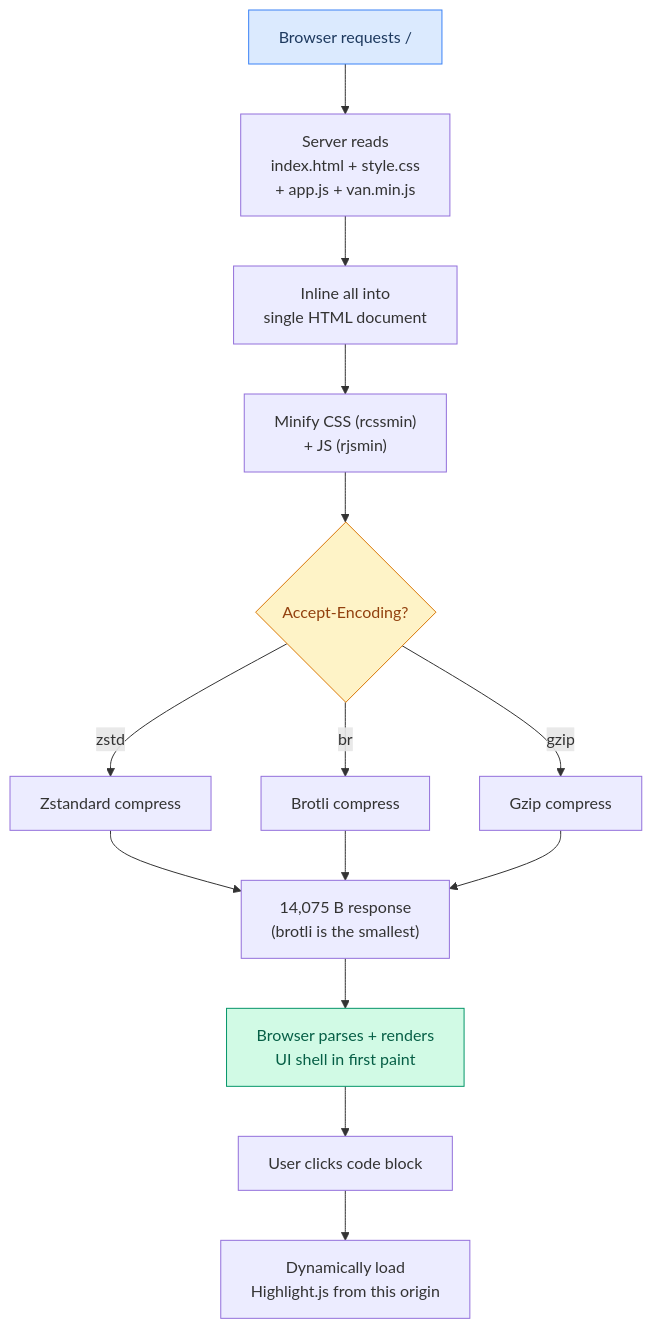
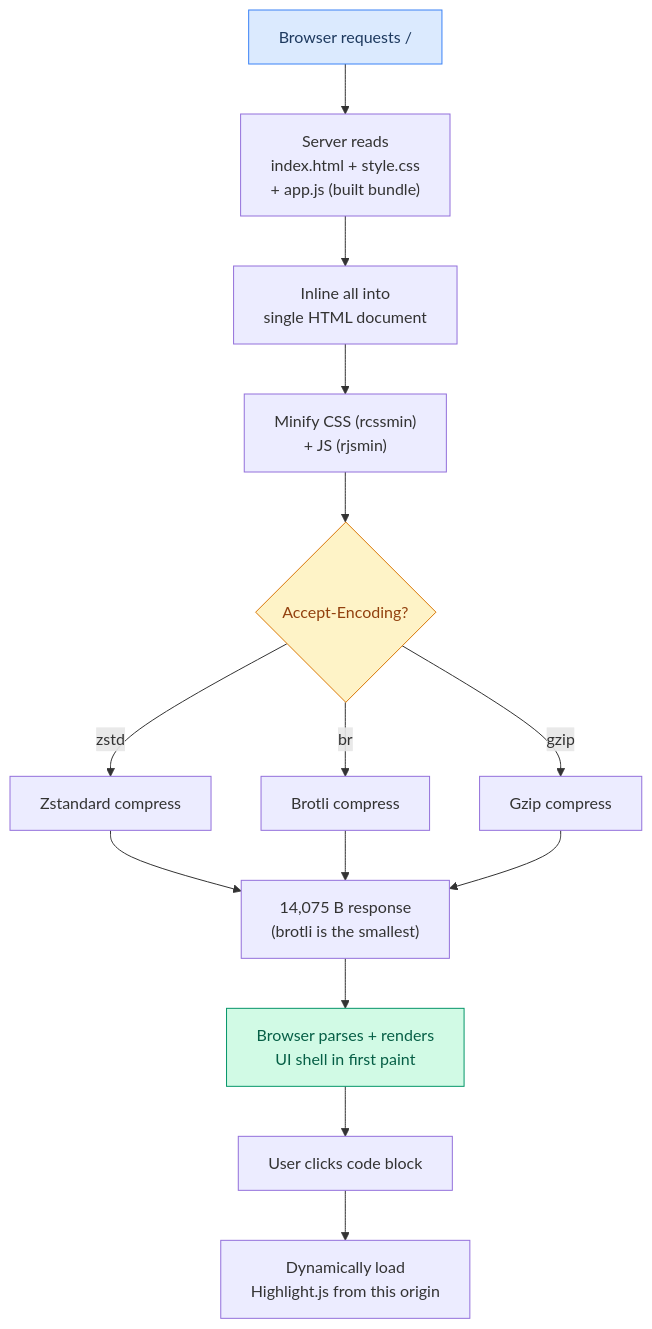
Before and after one commit to maci0/recoverage: diagram 16 of 18 in docs/USER_STORIES.md, drawn with Mermaid. The commit also changed other lines of this file and 55 other files, not shown here.

````diff
--- a/docs/USER_STORIES.md
+++ b/docs/USER_STORIES.md
@@ -513,21 +513,21 @@
 ```mermaid
 graph TD
-    A["Browser requests /"] --> B["Server reads<br/>index.html + style.css<br/>+ app.js + van.min.js"]
+    A["Browser requests /"] --> B["Server reads<br/>index.html + style.css<br/>+ app.js (built bundle)"]
     B --> C["Inline all into<br/>single HTML document"]
     C --> D["Minify CSS (rcssmin)<br/>+ JS (rjsmin)"]
     D --> E{"Accept-Encoding?"}
     E -->|zstd| F["Zstandard compress"]
     E -->|br| G["Brotli compress"]
     E -->|gzip| H["Gzip compress"]
     F --> I["14,075 B response<br/>(brotli is the smallest)"]
     G --> I
     H --> I
     I --> J["Browser parses + renders<br/>UI shell in first paint"]
 
     J --> K["User clicks code block"]
     K --> L["Dynamically load<br/>Highlight.js from this origin"]
 
     style A fill:#dbeafe,stroke:#3b82f6,color:#1e3a5f
     style J fill:#d1fae5,stroke:#059669,color:#065f46
     style E fill:#fef3c7,stroke:#d97706,color:#92400e
 ```
````
